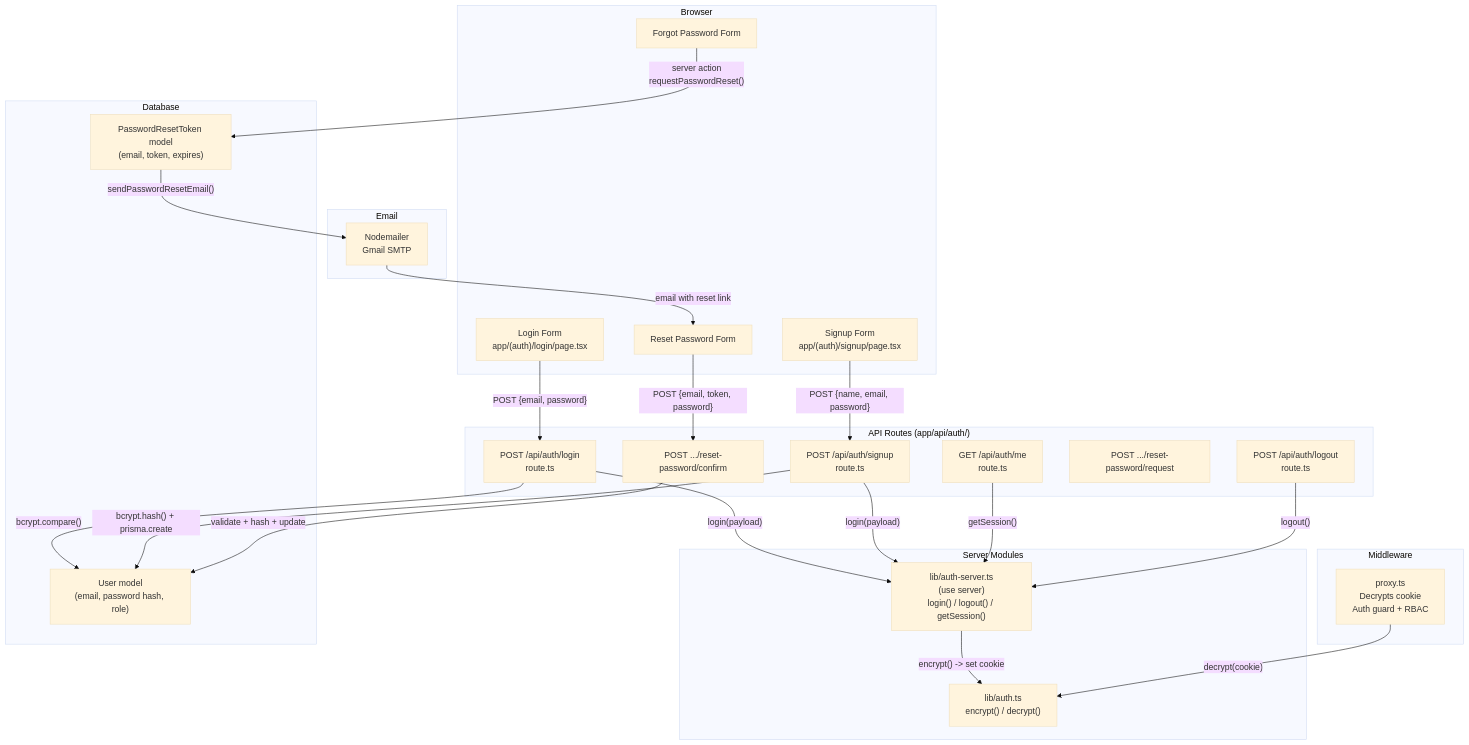
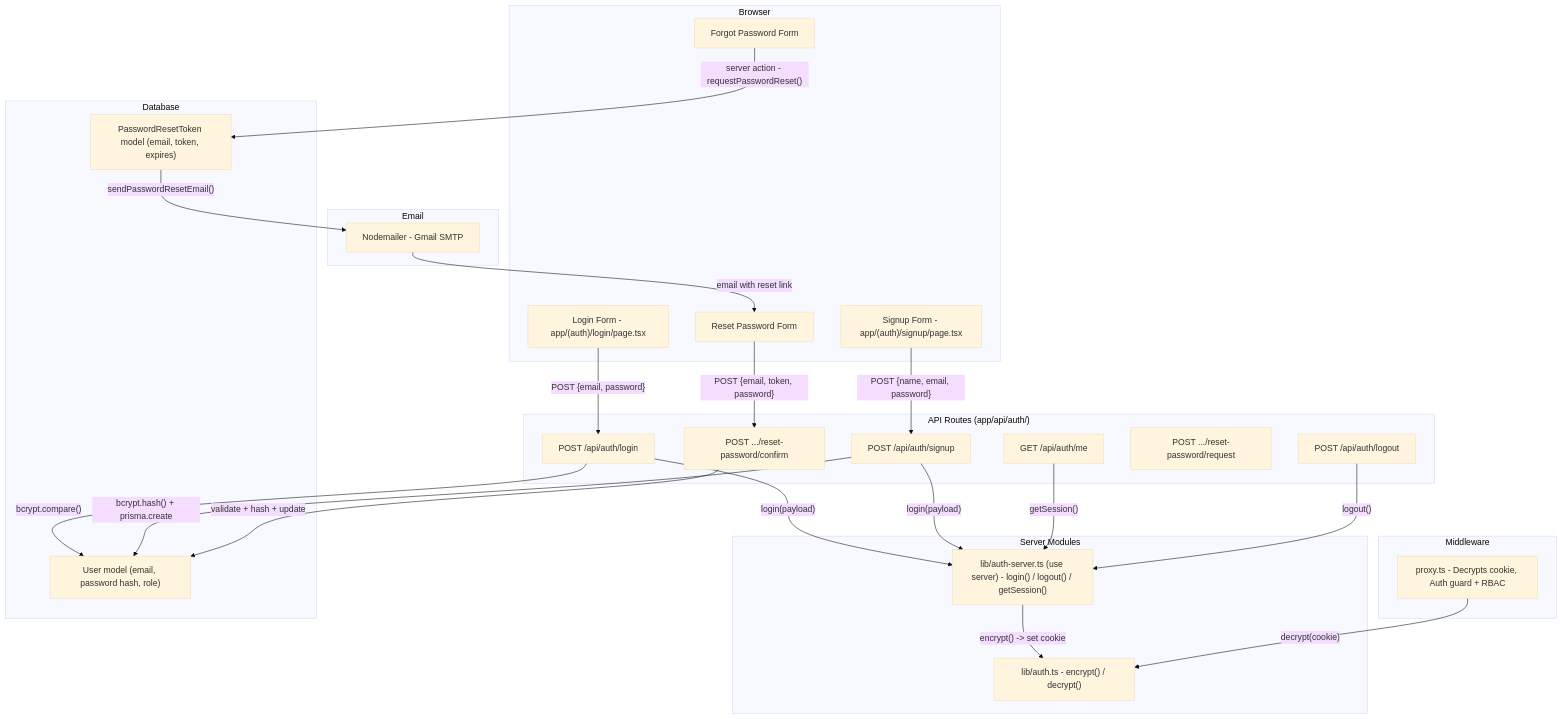
Before and after one commit to asefahmed500/Smart-Task-App_IIT_DU_Final_Project: the first of 7 diagrams in docs/02-authentication.md, drawn with Mermaid (base theme). The commit also changed other lines of this file and 8 other files, not shown here.

Commit message:
fix: remove br tags from mermaid diagrams for GitHub rendering

````diff
--- a/docs/02-authentication.md
+++ b/docs/02-authentication.md
@@ -31,54 +31,54 @@
 ```mermaid
 graph TB
     subgraph "Browser"
-        LOGIN_FORM["Login Form<br/>app/(auth)/login/page.tsx"]
-        SIGNUP_FORM["Signup Form<br/>app/(auth)/signup/page.tsx"]
+        LOGIN_FORM["Login Form - app/(auth)/login/page.tsx"]
+        SIGNUP_FORM["Signup Form - app/(auth)/signup/page.tsx"]
         FORGOT_FORM["Forgot Password Form"]
         RESET_FORM["Reset Password Form"]
     end
 
     subgraph "API Routes (app/api/auth/)"
-        LOGIN_ROUTE["POST /api/auth/login<br/>route.ts"]
-        SIGNUP_ROUTE["POST /api/auth/signup<br/>route.ts"]
-        LOGOUT_ROUTE["POST /api/auth/logout<br/>route.ts"]
-        ME_ROUTE["GET /api/auth/me<br/>route.ts"]
+        LOGIN_ROUTE["POST /api/auth/login"]
+        SIGNUP_ROUTE["POST /api/auth/signup"]
+        LOGOUT_ROUTE["POST /api/auth/logout"]
+        ME_ROUTE["GET /api/auth/me"]
         REQUEST_ROUTE["POST .../reset-password/request"]
         CONFIRM_ROUTE["POST .../reset-password/confirm"]
     end
 
     subgraph "Server Modules"
-        AUTH_LIB["lib/auth.ts<br/>encrypt() / decrypt()"]
-        AUTH_SERVER["lib/auth-server.ts<br/>(use server)<br/>login() / logout() / getSession()"]
+        AUTH_LIB["lib/auth.ts - encrypt() / decrypt()"]
+        AUTH_SERVER["lib/auth-server.ts (use server) - login() / logout() / getSession()"]
     end
 
     subgraph "Middleware"
-        PROXY["proxy.ts<br/>Decrypts cookie<br/>Auth guard + RBAC"]
+        PROXY["proxy.ts - Decrypts cookie, Auth guard + RBAC"]
     end
 
     subgraph "Database"
-        USER_TABLE["User model<br/>(email, password hash, role)"]
-        TOKEN_TABLE["PasswordResetToken model<br/>(email, token, expires)"]
+        USER_TABLE["User model (email, password hash, role)"]
+        TOKEN_TABLE["PasswordResetToken model (email, token, expires)"]
     end
 
     subgraph "Email"
-        MAILER["Nodemailer<br/>Gmail SMTP"]
+        MAILER["Nodemailer - Gmail SMTP"]
     end
 
     LOGIN_FORM -->|"POST {email, password}"| LOGIN_ROUTE
     SIGNUP_FORM -->|"POST {name, email, password}"| SIGNUP_ROUTE
     LOGIN_ROUTE -->|"bcrypt.compare()"| USER_TABLE
     LOGIN_ROUTE -->|"login(payload)"| AUTH_SERVER
     AUTH_SERVER -->|"encrypt() -> set cookie"| AUTH_LIB
     SIGNUP_ROUTE -->|"bcrypt.hash() + prisma.create"| USER_TABLE
     SIGNUP_ROUTE -->|"login(payload)"| AUTH_SERVER
 
-    FORGOT_FORM -->|"server action<br/>requestPasswordReset()"| TOKEN_TABLE
+    FORGOT_FORM -->|"server action - requestPasswordReset()"| TOKEN_TABLE
     TOKEN_TABLE -->|"sendPasswordResetEmail()"| MAILER
     MAILER -->|"email with reset link"| RESET_FORM
     RESET_FORM -->|"POST {email, token, password}"| CONFIRM_ROUTE
     CONFIRM_ROUTE -->|"validate + hash + update"| USER_TABLE
 
     PROXY -->|"decrypt(cookie)"| AUTH_LIB
     ME_ROUTE -->|"getSession()"| AUTH_SERVER
     LOGOUT_ROUTE -->|"logout()"| AUTH_SERVER
 ```
````
